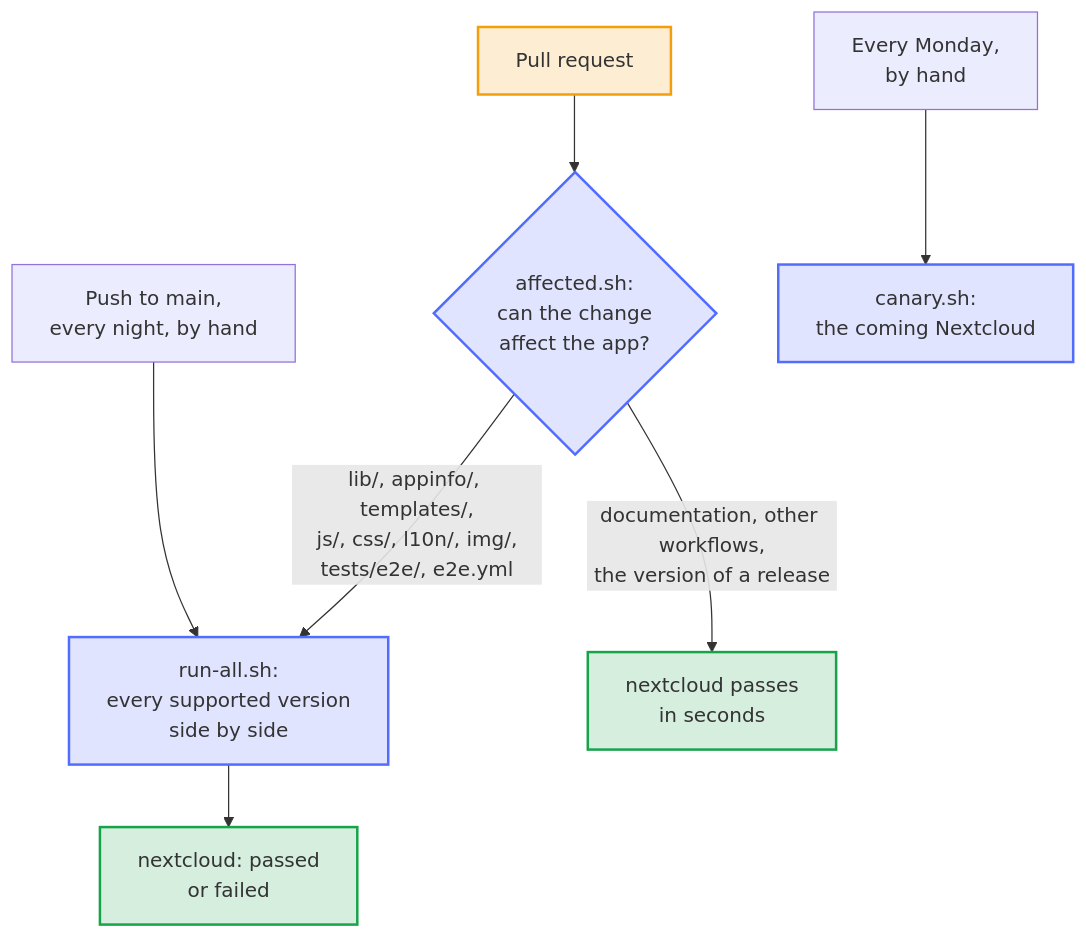
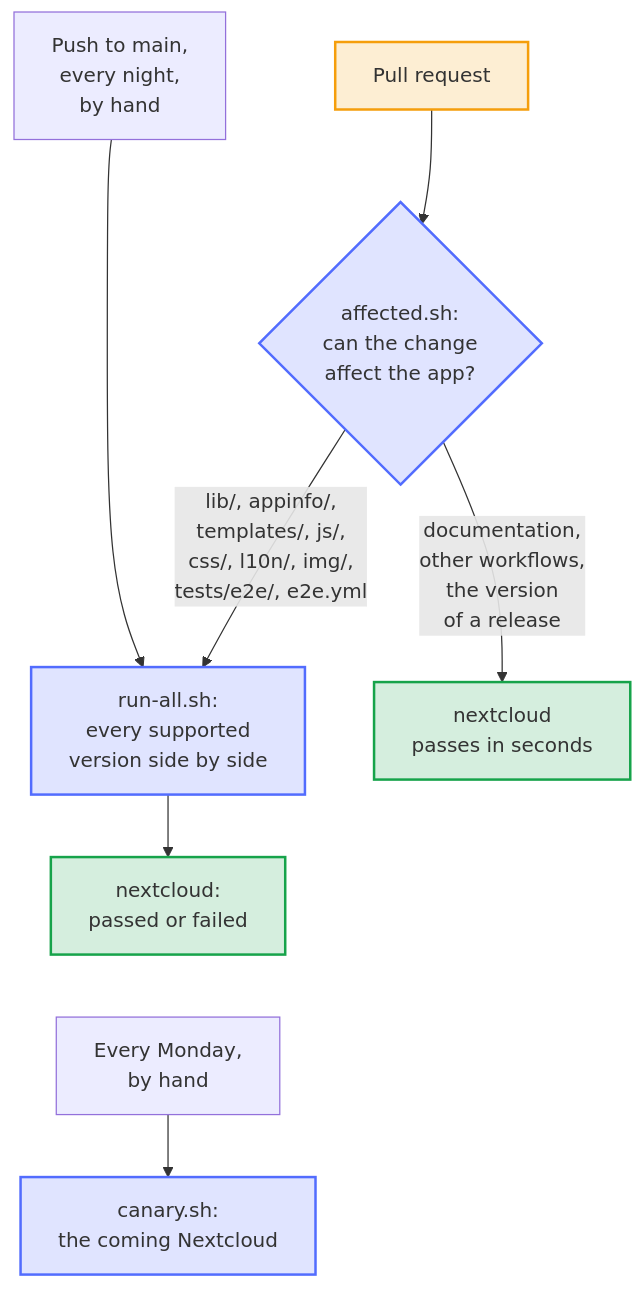
The second of 2 diagrams in tests/e2e/README.md (Dennis-Otto/paperless-sync), drawn with Mermaid before and after one commit. The commit also changed other lines of this file and 4 other files, not shown here.

First line of the commit message:
docs: readable and accessible diagrams on the website

````diff
--- a/tests/e2e/README.md
+++ b/tests/e2e/README.md
@@ -67,17 +85,36 @@
 ```mermaid
+---
+config:
+  flowchart:
+    nodeSpacing: 24
+---
 flowchart TB
     accTitle: When the end-to-end tests run
     accDescr: A pull request runs the end-to-end tests only when it changes the app, its tests or their workflow; otherwise the required check passes at once. Every push to main and every night run them against every supported version, and every Monday the canary runs them against the coming Nextcloud.
-    pr["Pull request"] --> affected{"affected.sh:<br>can the change<br>affect the app?"}
-    affected -->|"lib/, appinfo/, templates/,<br>js/, css/, l10n/, img/,<br>tests/e2e/, e2e.yml"| all["run-all.sh:<br>every supported version<br>side by side"]
-    affected -->|"documentation, other workflows,<br>the version of a release"| skipped["nextcloud passes<br>in seconds"]
-    main["Push to main,<br>every night, by hand"] --> all
-    monday["Every Monday,<br>by hand"] --> canary["canary.sh:<br>the coming Nextcloud"]
-    all --> result["nextcloud: passed<br>or failed"]
+
+    pr["Pull request"]
+    main["Push to main,<br>every night,<br>by hand"]
+    affected{"affected.sh:<br>can the change<br>affect the app?"}
+    all["run-all.sh:<br>every supported<br>version side by side"]
+    skipped["nextcloud<br>passes in seconds"]
+    result["nextcloud:<br>passed or failed"]
+    monday["Every Monday,<br>by hand"]
+    canary["canary.sh:<br>the coming Nextcloud"]
+
+    pr --> affected
+    affected -- "lib/, appinfo/,<br>templates/, js/,<br>css/, l10n/, img/,<br>tests/e2e/, e2e.yml" --> all
+    affected -- "documentation,<br>other workflows,<br>the version<br>of a release" --> skipped
+    main --> all
+    %% Invisible links keep the triggers in one row and the canary below the rest.
+    main ~~~ affected
+    all --> result
+    result ~~~ monday
+    monday --> canary
+
     classDef bot fill:#526cfe2e,stroke:#526cfe,stroke-width:2px
     classDef person fill:#f59e0b2e,stroke:#f59e0b,stroke-width:2px
     classDef done fill:#16a34a2e,stroke:#16a34a,stroke-width:2px
     class pr person
     class affected,all,canary bot
     class skipped,result done
 ```
````
